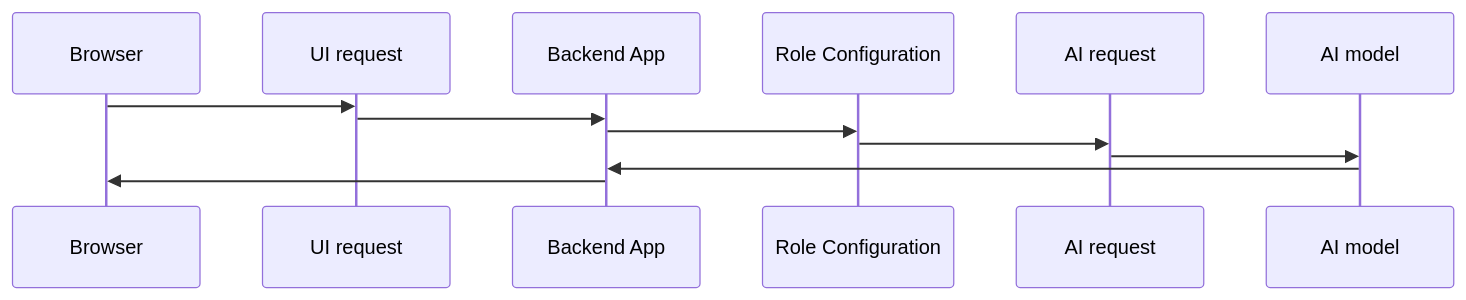
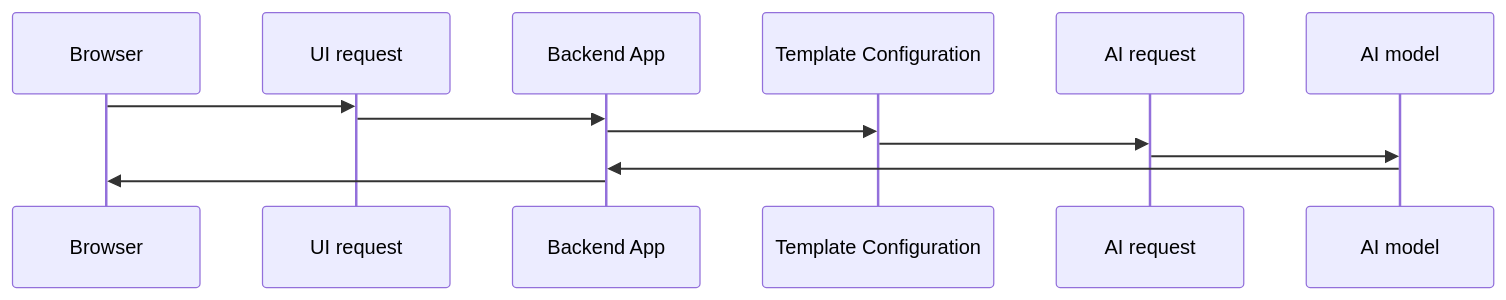
One commit to ynaroditsky/OmniAssist changed the diagram in README.md. Above: the diagram before and after it, drawn with Mermaid.

````diff
--- a/README.md
+++ b/README.md
@@ -5,10 +5,10 @@
 ```mermaid
 sequenceDiagram
     Browser->>UI request: 
     UI request->>Backend App:
-    Backend App->>Role Configuration:
-    Role Configuration->>AI request:
+    Backend App->>Template Configuration:
+    Template Configuration->>AI request:
     AI request->>AI model:
     AI model->>Backend App:
     Backend App->>Browser:
 ```
````
